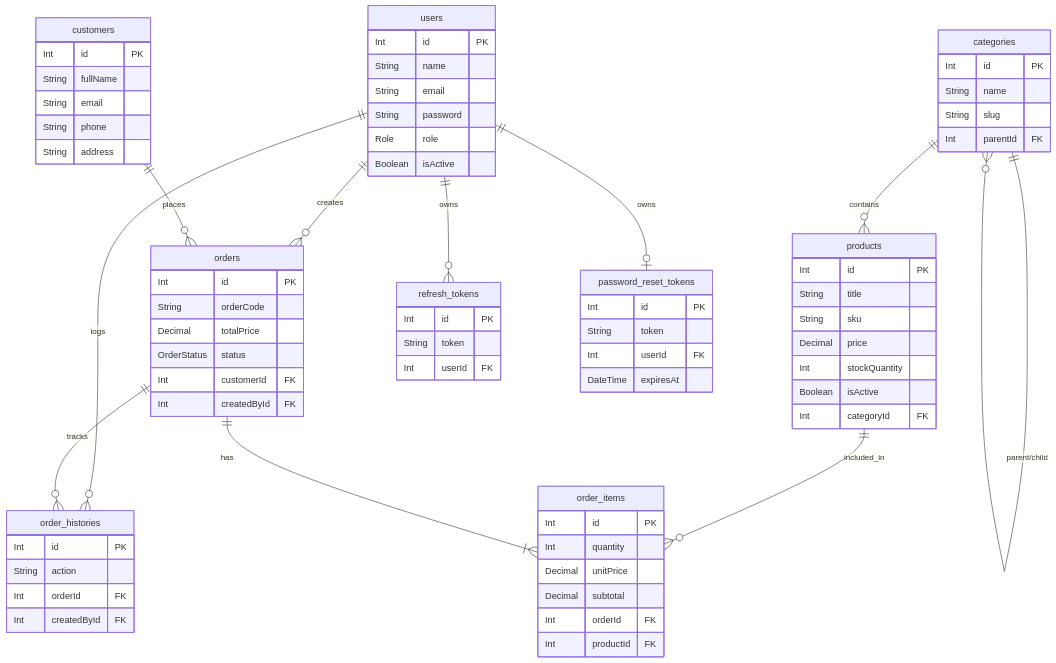
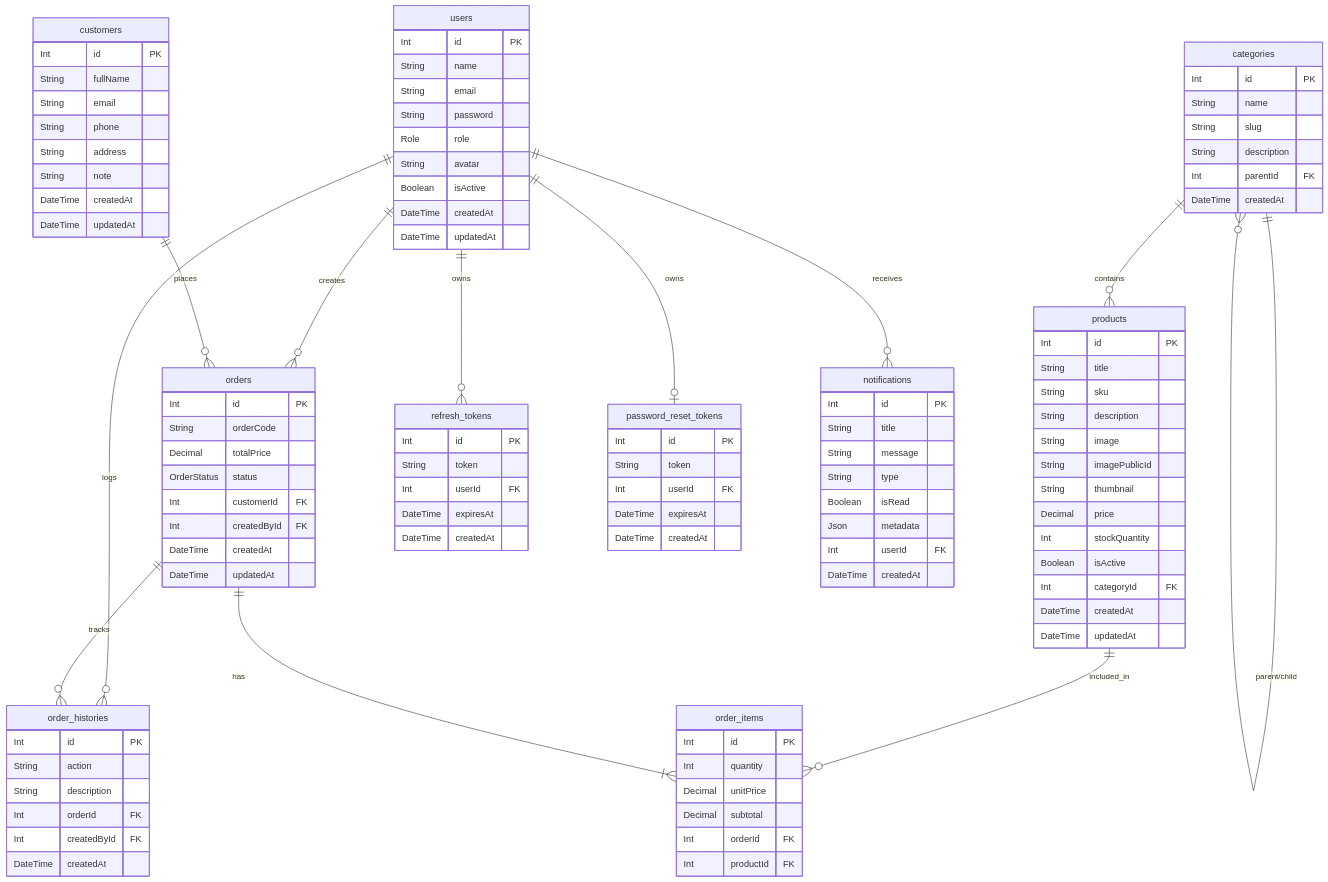
One commit to DatPHP/crm-system-2026 changed the third of 6 diagrams in README.md. Above: the diagram before and after it, drawn with Mermaid. The commit also changed other lines of this file, not shown here.

```diff
--- a/README.md
+++ b/README.md
@@ -360,7 +555,10 @@
         String email
         String password
         Role role
+        String avatar
         Boolean isActive
+        DateTime createdAt
+        DateTime updatedAt
     }
 
     customers {
@@ -369,23 +567,34 @@
         String email
         String phone
         String address
+        String note
+        DateTime createdAt
+        DateTime updatedAt
     }
 
     categories {
         Int id PK
         String name
         String slug
+        String description
         Int parentId FK
+        DateTime createdAt
     }
 
     products {
         Int id PK
         String title
         String sku
+        String description
+        String image
+        String imagePublicId
+        String thumbnail
         Decimal price
         Int stockQuantity
         Boolean isActive
         Int categoryId FK
+        DateTime createdAt
+        DateTime updatedAt
     }
 
     orders {
@@ -395,6 +604,8 @@
         OrderStatus status
         Int customerId FK
         Int createdById FK
+        DateTime createdAt
+        DateTime updatedAt
     }
 
     order_items {
@@ -409,14 +620,18 @@
     order_histories {
         Int id PK
         String action
+        String description
         Int orderId FK
         Int createdById FK
+        DateTime createdAt
     }
 
     refresh_tokens {
         Int id PK
         String token
         Int userId FK
+        DateTime expiresAt
+        DateTime createdAt
     }
 
     password_reset_tokens {
@@ -424,12 +639,25 @@
         String token
         Int userId FK
         DateTime expiresAt
+        DateTime createdAt
+    }
+
+    notifications {
+        Int id PK
+        String title
+        String message
+        String type
+        Boolean isRead
+        Json metadata
+        Int userId FK
+        DateTime createdAt
     }
 
     users ||--o{ orders : "creates"
     users ||--o{ order_histories : "logs"
     users ||--o{ refresh_tokens : "owns"
     users ||--o| password_reset_tokens : "owns"
+    users ||--o{ notifications : "receives"
 
     customers ||--o{ orders : "places"
 
```
